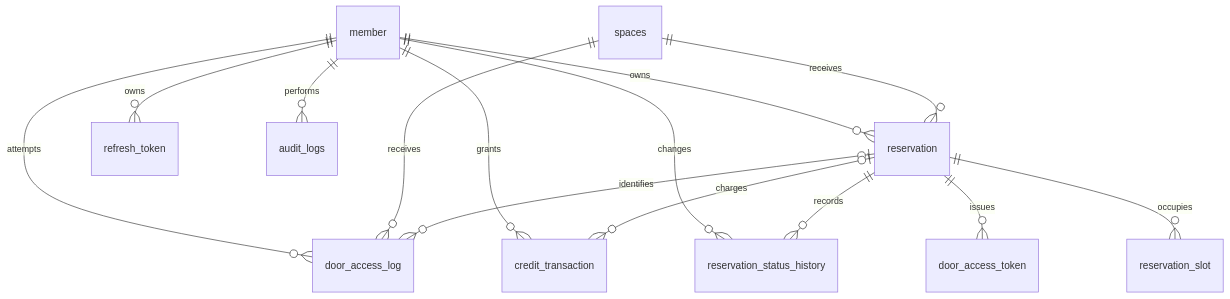
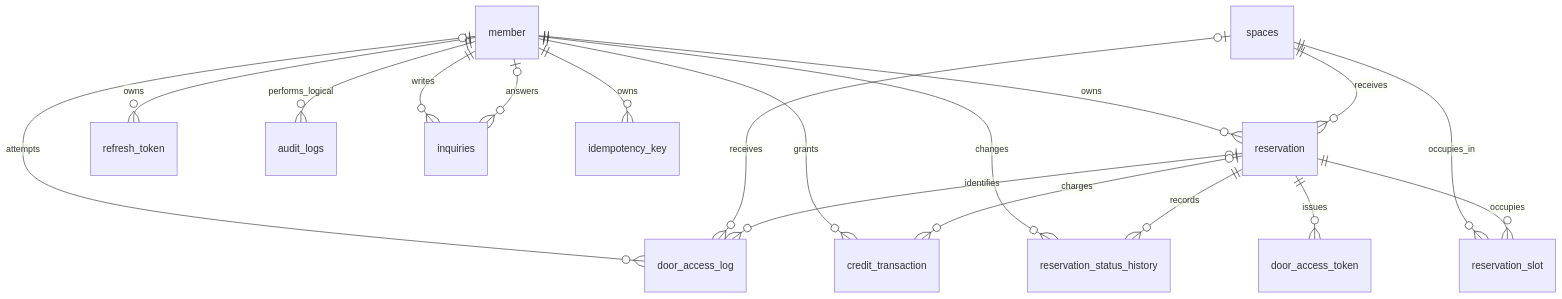
The diagram in docs/erd.md (Lemnoideae/NBE12-14-2-OVENGERS), drawn with Mermaid before and after one commit. The commit also changed other lines of this file and 2 other files, not shown here.

````diff
--- a/docs/erd.md
+++ b/docs/erd.md
@@ -44,18 +49,22 @@
 ```mermaid
 erDiagram
     member ||--o{ reservation : owns
     member ||--o{ refresh_token : owns
     member ||--o{ credit_transaction : grants
     member ||--o{ reservation_status_history : changes
-    member ||--o{ door_access_log : attempts
-    member ||--o{ audit_logs : performs
+    member o|--o{ door_access_log : attempts
+    member ||--o{ audit_logs : performs_logical
+    member ||--o{ inquiries : writes
+    member o|--o{ inquiries : answers
+    member ||--o{ idempotency_key : owns
 
     spaces ||--o{ reservation : receives
-    spaces ||--o{ door_access_log : receives
+    spaces ||--o{ reservation_slot : occupies_in
+    spaces o|--o{ door_access_log : receives
 
     reservation ||--o{ reservation_slot : occupies
     reservation ||--o{ reservation_status_history : records
     reservation ||--o{ door_access_token : issues
     reservation o|--o{ door_access_log : identifies
     reservation o|--o{ credit_transaction : charges
 ```
````
